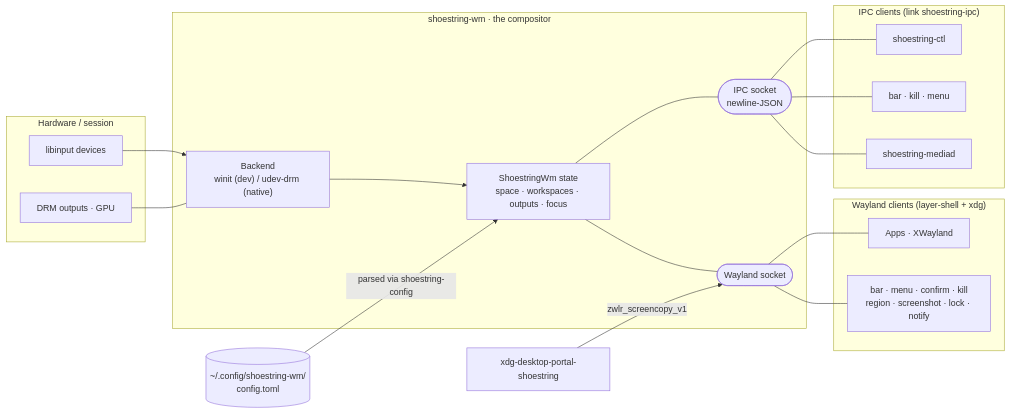
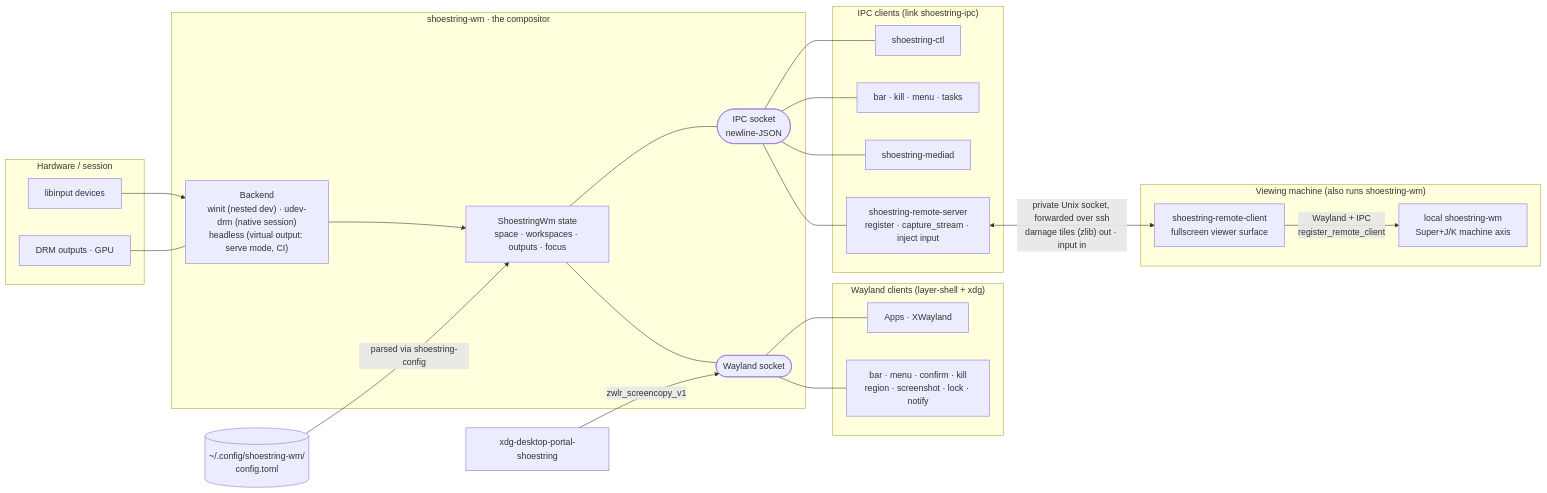
Before and after one commit to szarta/shoestring-wm: the first of 3 diagrams in docs/architecture.md, drawn with Mermaid. The commit also changed other lines of this file and 1 other file, not shown here.

First line of the commit message:
docs: show headless serve mode and remote tools in the architecture diagrams, state lightweight budgets

````diff
--- a/docs/architecture.md
+++ b/docs/architecture.md
@@ -65,41 +66,50 @@
 ```mermaid
 flowchart LR
     cfg[("~/.config/shoestring-wm/<br/>config.toml")]
 
     subgraph session["Hardware / session"]
       libinput["libinput devices"]
       drm["DRM outputs · GPU"]
     end
 
     subgraph wm["shoestring-wm  ·  the compositor"]
-      backend["Backend<br/>winit (dev) / udev-drm (native)"]
+      backend["Backend<br/>winit (nested dev) · udev-drm (native session)<br/>headless (virtual output: serve mode, CI)"]
       state["ShoestringWm state<br/>space · workspaces · outputs · focus"]
       wlsock(["Wayland socket"])
       ipcsock(["IPC socket<br/>newline-JSON"])
       backend --> state
       state --- wlsock
       state --- ipcsock
     end
 
     libinput --> backend
     drm --- backend
     cfg -->|"parsed via shoestring-config"| state
 
     subgraph wlclients["Wayland clients (layer-shell + xdg)"]
       apps["Apps · XWayland"]
       helpers["bar · menu · confirm · kill<br/>region · screenshot · lock · notify"]
     end
     wlsock --- apps
     wlsock --- helpers
 
     subgraph ipcclients["IPC clients (link shoestring-ipc)"]
       ctl["shoestring-ctl"]
-      baripc["bar · kill · menu"]
+      baripc["bar · kill · menu · tasks"]
       mediad["shoestring-mediad"]
+      rserver["shoestring-remote-server<br/>register · capture_stream · inject input"]
     end
     ipcsock --- ctl
     ipcsock --- baripc
     ipcsock --- mediad
+    ipcsock --- rserver
 
     portal["xdg-desktop-portal-shoestring"] -->|"zwlr_screencopy_v1"| wlsock
+
+    subgraph viewer["Viewing machine (also runs shoestring-wm)"]
+      rclient["shoestring-remote-client<br/>fullscreen viewer surface"]
+      vwm["local shoestring-wm<br/>Super+J/K machine axis"]
+      rclient -->|"Wayland + IPC<br/>register_remote_client"| vwm
+    end
+    rserver <-->|"private Unix socket, forwarded over ssh<br/>damage tiles (zlib) out · input in"| rclient
 ```
````
